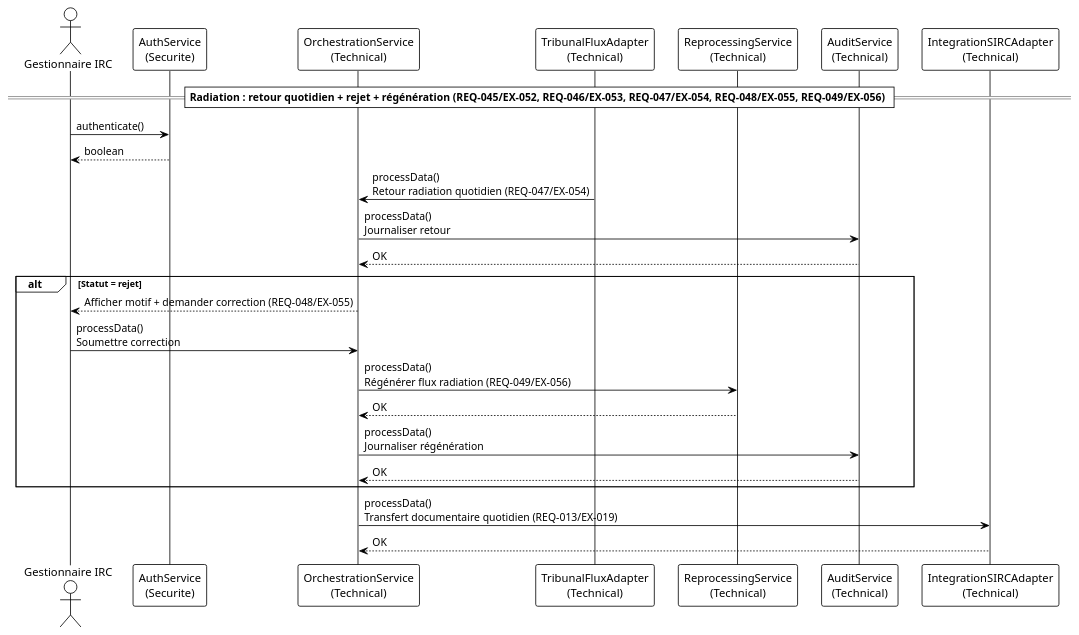
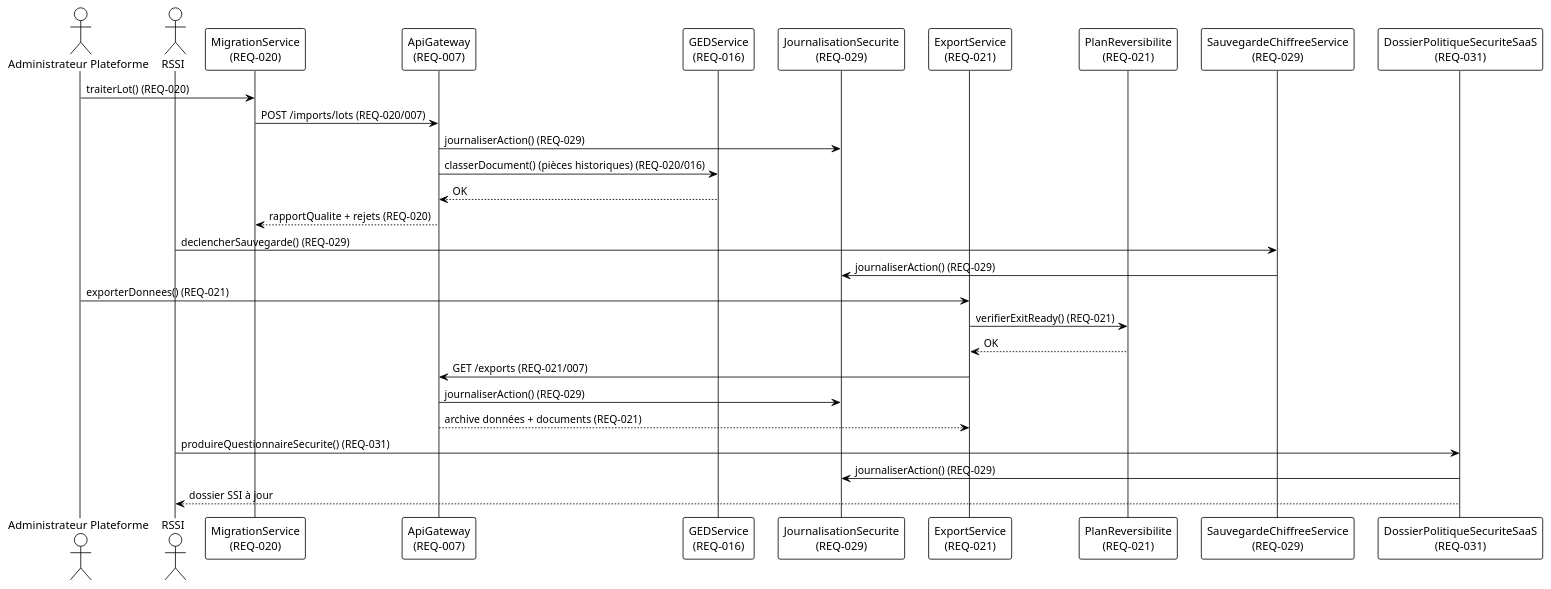
One commit to Modelio-R-D/ModelioAlchemist changed the sixth of 6 diagrams in output/modele_donnees.puml. Above: the diagram before and after it, drawn with PlantUML. The commit also changed other lines of this file and 46 other files, not shown here.

```diff
--- a/output/modele_donnees.puml
+++ b/output/modele_donnees.puml
@@ -712,32 +862,36 @@
-@startuml Sequence_Radiation_Retour_Rejet
+@startuml Sequence_Migration_Reversibilite
 !theme plain
 
-actor "Gestionnaire IRC" as Gestionnaire
-participant "AuthService\n(Securite)" as Auth
-participant "OrchestrationService\n(Technical)" as Orch
-participant "TribunalFluxAdapter\n(Technical)" as Trib
-participant "ReprocessingService\n(Technical)" as Reproc
-participant "AuditService\n(Technical)" as Audit
-participant "IntegrationSIRCAdapter\n(Technical)" as SIRC
+actor "Administrateur Plateforme" as Admin
+actor "RSSI" as RSSI
+participant "MigrationService\n(REQ-020)" as MIG
+participant "ApiGateway\n(REQ-007)" as API
+participant "GEDService\n(REQ-016)" as GED
+participant "JournalisationSecurite\n(REQ-029)" as LOG
+participant "ExportService\n(REQ-021)" as EXP
+participant "PlanReversibilite\n(REQ-021)" as PLAN
+participant "SauvegardeChiffreeService\n(REQ-029)" as BACKUP
+participant "DossierPolitiqueSecuriteSaaS\n(REQ-031)" as DOSSIER
 
-== Radiation : retour quotidien + rejet + régénération (REQ-045/EX-052, REQ-046/EX-053, REQ-047/EX-054, REQ-048/EX-055, REQ-049/EX-056) ==
-Gestionnaire -> Auth : authenticate()
-Auth --> Gestionnaire : boolean
+Admin -> MIG : traiterLot() (REQ-020)
+MIG -> API : POST /imports/lots (REQ-020/007)
+API -> LOG : journaliserAction() (REQ-029)
+API -> GED : classerDocument() (pièces historiques) (REQ-020/016)
+GED --> API : OK
+API --> MIG : rapportQualite + rejets (REQ-020)
 
-Trib -> Orch : processData()\nRetour radiation quotidien (REQ-047/EX-054)
-Orch -> Audit : processData()\nJournaliser retour
-Audit --> Orch : OK
+RSSI -> BACKUP : declencherSauvegarde() (REQ-029)
+BACKUP -> LOG : journaliserAction() (REQ-029)
 
-alt Statut = rejet
-  Orch --> Gestionnaire : Afficher motif + demander correction (REQ-048/EX-055)
-  Gestionnaire -> Orch : processData()\nSoumettre correction
-  Orch -> Reproc : processData()\nRégénérer flux radiation (REQ-049/EX-056)
-  Reproc --> Orch : OK
-  Orch -> Audit : processData()\nJournaliser régénération
-  Audit --> Orch : OK
-end
+Admin -> EXP : exporterDonnees() (REQ-021)
+EXP -> PLAN : verifierExitReady() (REQ-021)
+PLAN --> EXP : OK
+EXP -> API : GET /exports (REQ-021/007)
+API -> LOG : journaliserAction() (REQ-029)
+API --> EXP : archive données + documents (REQ-021)
 
-Orch -> SIRC : processData()\nTransfert documentaire quotidien (REQ-013/EX-019)
-SIRC --> Orch : OK
+RSSI -> DOSSIER : produireQuestionnaireSecurite() (REQ-031)
+DOSSIER -> LOG : journaliserAction() (REQ-029)
+DOSSIER --> RSSI : dossier SSI à jour
 
 @enduml
```
